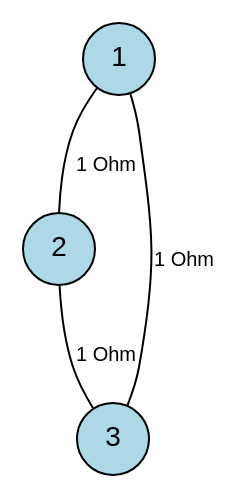
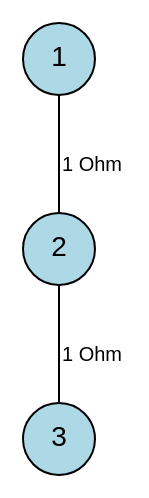
One commit to francescofoglia0/CircuitsProject changed the diagram in BuildProject/depina_ciclo_1.dot. Above: the diagram before and after it, drawn with Graphviz. The commit also changed 22 other files, not shown here.

```diff
--- a/BuildProject/depina_ciclo_1.dot
+++ b/BuildProject/depina_ciclo_1.dot
@@ -1,9 +1,8 @@
 graph Circuito {
     // Stile dei nodi e degli archi
     node [shape=circle, style=filled, fillcolor=lightblue, fontname="Helvetica"];
     edge [fontname="Helvetica", fontsize=10];
 
     1 -- 2 [label="\n1 Ohm"];
-    1 -- 3 [label="\n1 Ohm"];
     2 -- 3 [label="\n1 Ohm"];
 }
```
